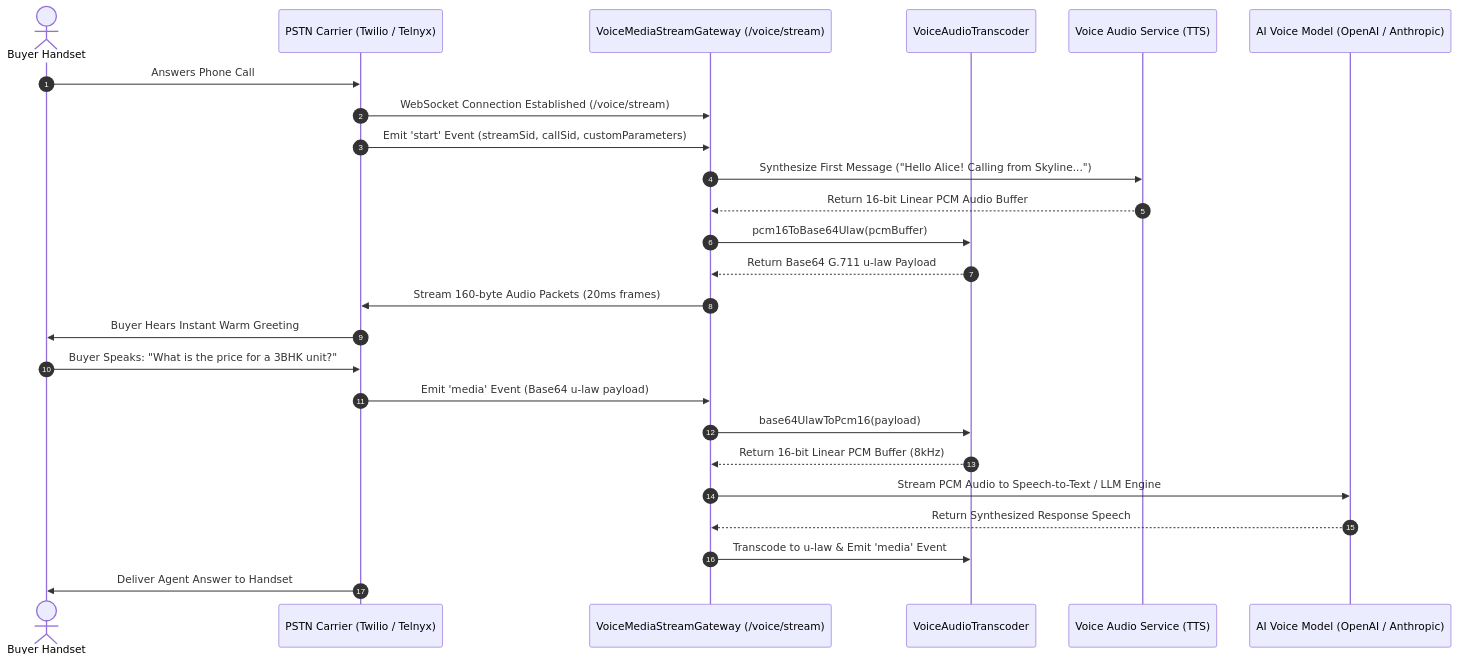
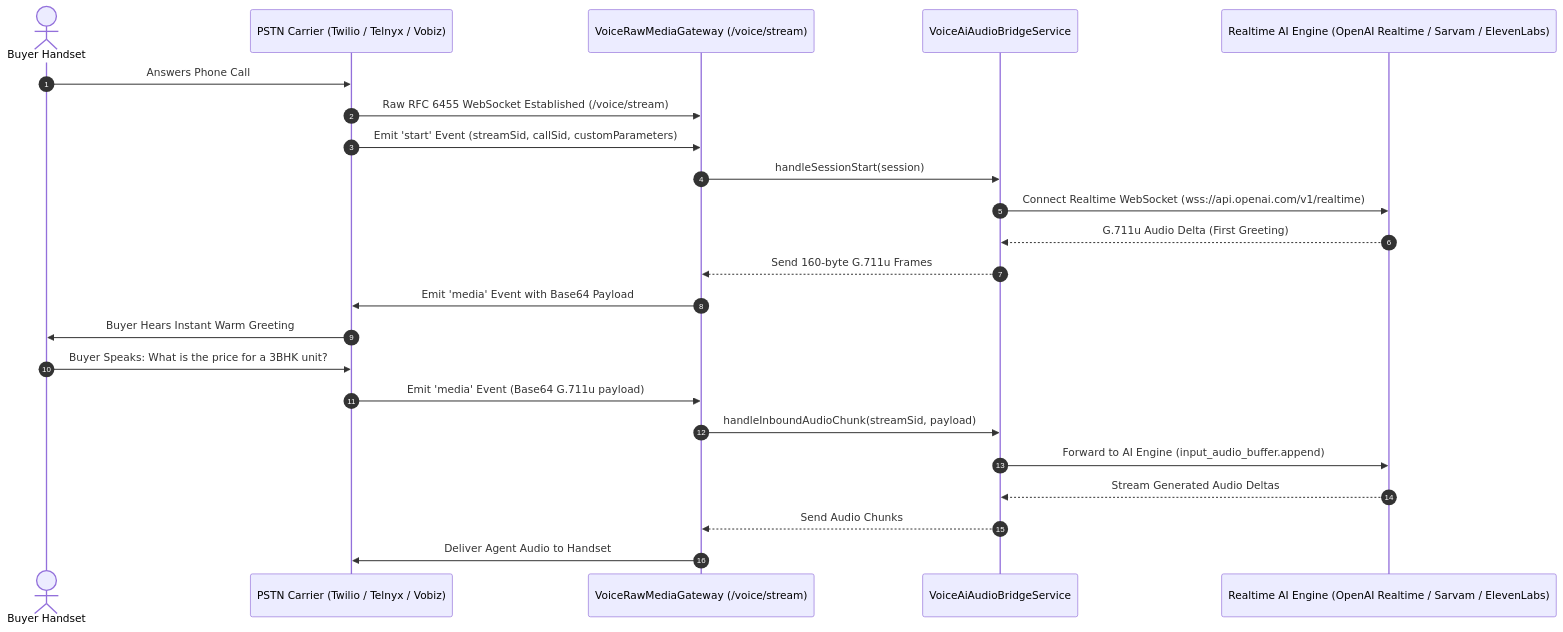
One commit to krishna2707/BrokerOS changed the diagram in docs/marketing/voice/media-streaming-gateway.mdx. Above: the diagram before and after it, drawn with Mermaid. The commit also changed other lines of this file and 8 other files, not shown here.

````diff
--- a/docs/marketing/voice/media-streaming-gateway.mdx
+++ b/docs/marketing/voice/media-streaming-gateway.mdx
@@ -15,29 +15,27 @@
 ```mermaid
 sequenceDiagram
     autonumber
     actor Lead as Buyer Handset
-    participant Carrier as PSTN Carrier (Twilio / Telnyx)
-    participant Gateway as VoiceMediaStreamGateway (/voice/stream)
-    participant Transcoder as VoiceAudioTranscoder
-    participant TTS as Voice Audio Service (TTS)
-    participant AI as AI Voice Model (OpenAI / Anthropic)
+    participant Carrier as PSTN Carrier (Twilio / Telnyx / Vobiz)
+    participant RawGateway as VoiceRawMediaGateway (/voice/stream)
+    participant Bridge as VoiceAiAudioBridgeService
+    participant AI as Realtime AI Engine (OpenAI Realtime / Sarvam / ElevenLabs)
 
     Lead->>Carrier: Answers Phone Call
-    Carrier->>Gateway: WebSocket Connection Established (/voice/stream)
-    Carrier->>Gateway: Emit 'start' Event (streamSid, callSid, customParameters)
-    Gateway->>TTS: Synthesize First Message ("Hello Alice! Calling from Skyline...")
-    TTS-->>Gateway: Return 16-bit Linear PCM Audio Buffer
-    Gateway->>Transcoder: pcm16ToBase64Ulaw(pcmBuffer)
-    Transcoder-->>Gateway: Return Base64 G.711 u-law Payload
-    Gateway->>Carrier: Stream 160-byte Audio Packets (20ms frames)
+    Carrier->>RawGateway: Raw RFC 6455 WebSocket Established (/voice/stream)
+    Carrier->>RawGateway: Emit 'start' Event (streamSid, callSid, customParameters)
+    RawGateway->>Bridge: handleSessionStart(session)
+    Bridge->>AI: Connect Realtime WebSocket (wss://api.openai.com/v1/realtime)
+    AI-->>Bridge: G.711u Audio Delta (First Greeting)
+    Bridge-->>RawGateway: Send 160-byte G.711u Frames
+    RawGateway->>Carrier: Emit 'media' Event with Base64 Payload
     Carrier->>Lead: Buyer Hears Instant Warm Greeting
-    
-    Lead->>Carrier: Buyer Speaks: "What is the price for a 3BHK unit?"
-    Carrier->>Gateway: Emit 'media' Event (Base64 u-law payload)
-    Gateway->>Transcoder: base64UlawToPcm16(payload)
-    Transcoder-->>Gateway: Return 16-bit Linear PCM Buffer (8kHz)
-    Gateway->>AI: Stream PCM Audio to Speech-to-Text / LLM Engine
-    AI-->>Gateway: Return Synthesized Response Speech
-    Gateway->>Transcoder: Transcode to u-law & Emit 'media' Event
-    Carrier->>Lead: Deliver Agent Answer to Handset
+
+    Lead->>Carrier: Buyer Speaks: What is the price for a 3BHK unit?
+    Carrier->>RawGateway: Emit 'media' Event (Base64 G.711u payload)
+    RawGateway->>Bridge: handleInboundAudioChunk(streamSid, payload)
+    Bridge->>AI: Forward to AI Engine (input_audio_buffer.append)
+    AI-->>Bridge: Stream Generated Audio Deltas
+    Bridge-->>RawGateway: Send Audio Chunks
+    RawGateway->>Carrier: Deliver Agent Audio to Handset
 ```
````
